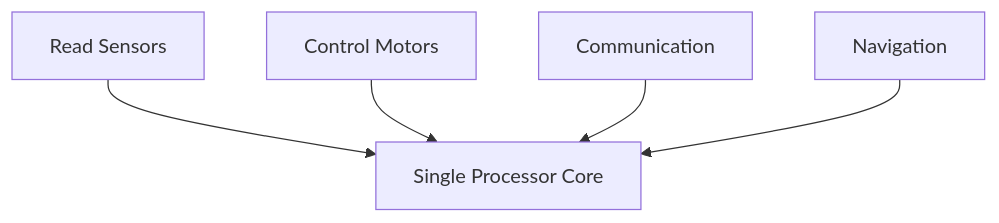
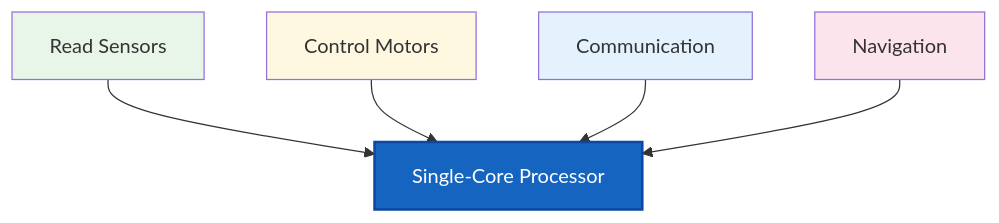
One commit to Rahu7p/rp2040-freertos-smp-labs changed the first of 3 diagrams in docs/chapter01/README.md. Above: the diagram before and after it, drawn with Mermaid. The commit also changed other lines of this file, not shown here.

````diff
--- a/docs/chapter01/README.md
+++ b/docs/chapter01/README.md
@@ -32,15 +32,21 @@
 ```mermaid
 flowchart TD
 
 A["Read Sensors"]
 B["Control Motors"]
 C["Communication"]
 D["Navigation"]
 
 A --> CPU
 B --> CPU
 C --> CPU
 D --> CPU
 
-CPU["Single Processor Core"]
+CPU["Single-Core Processor"]
+
+style CPU fill:#1565C0,color:#ffffff,stroke:#0D47A1,stroke-width:2px
+style A fill:#E8F5E9
+style B fill:#FFF8E1
+style C fill:#E3F2FD
+style D fill:#FCE4EC
 ```
````
